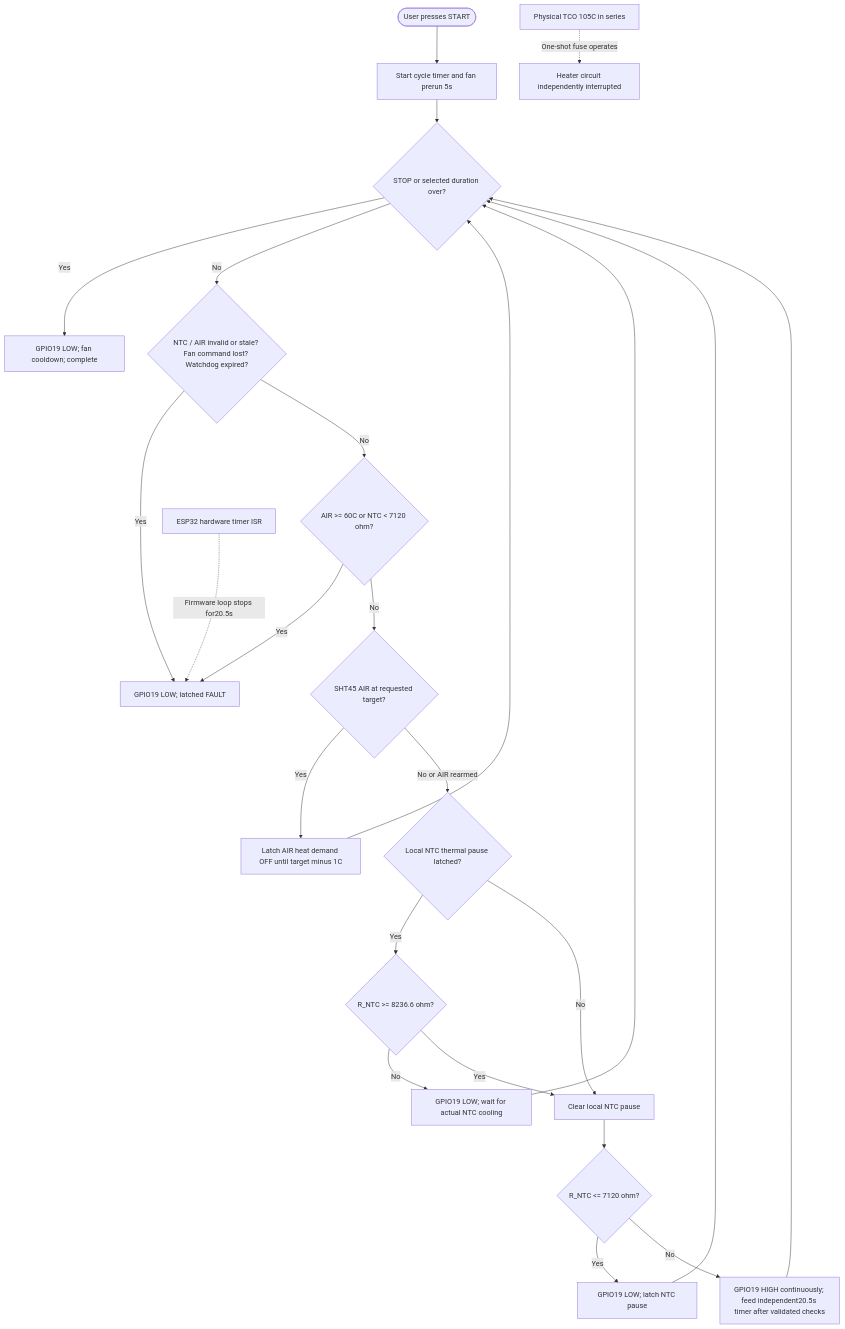
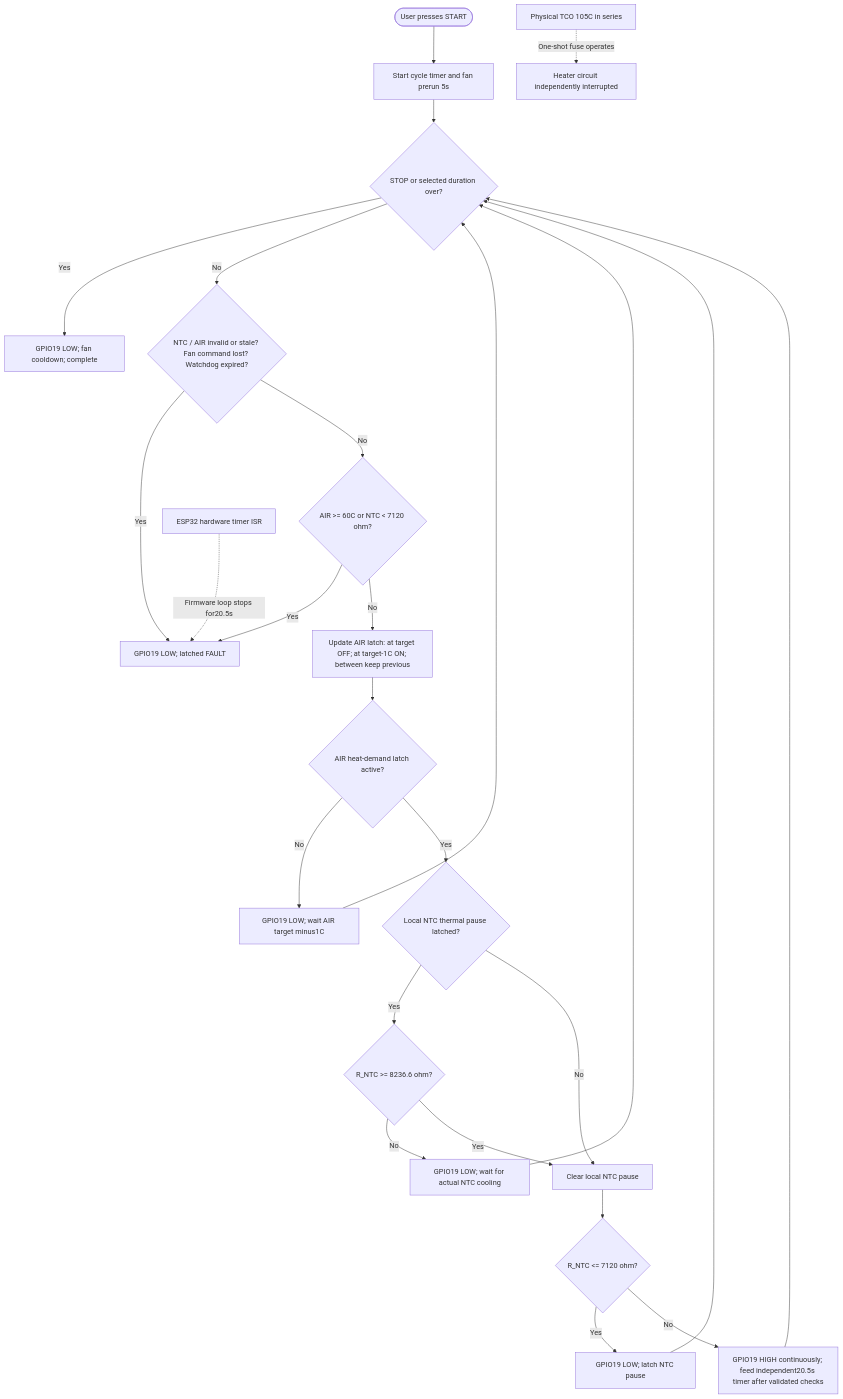
One commit to alessandrocardelli/filament-dryer-monitor changed the diagram in docs/TODO.md. Above: the diagram before and after it, drawn with Mermaid.

Commit message:
flowchart now correctly shows latched AIR hysteresis: 55 OFF stays OFF at54.5, resumes only54

````diff
--- a/docs/TODO.md
+++ b/docs/TODO.md
@@ -9,26 +9,27 @@
 ```mermaid
 flowchart TD
     A([User presses START]) --> B[Start cycle timer and fan prerun 5s]
     B --> C{STOP or selected duration over?}
     C -->|Yes| Z[GPIO19 LOW; fan cooldown; complete]
     C -->|No| D{NTC / AIR invalid or stale? Fan command lost? Watchdog expired?}
     D -->|Yes| F[GPIO19 LOW; latched FAULT]
     D -->|No| E{AIR >= 60C or NTC < 7120 ohm?}
     E -->|Yes| F
-    E -->|No| G{SHT45 AIR at requested target?}
-    G -->|Yes| H[Latch AIR heat demand OFF until target minus 1C]
-    H --> C
-    G -->|No or AIR rearmed| I{Local NTC thermal pause latched?}
+    E -->|No| G[Update AIR latch: at target OFF; at target-1C ON; between keep previous]
+    G --> H{AIR heat-demand latch active?}
+    H -->|No| O[GPIO19 LOW; wait AIR target minus1C]
+    O --> C
+    H -->|Yes| I{Local NTC thermal pause latched?}
     I -->|Yes| J{R_NTC >= 8236.6 ohm?}
     J -->|No| K[GPIO19 LOW; wait for actual NTC cooling]
     K --> C
     J -->|Yes| L[Clear local NTC pause]
     I -->|No| L
     L --> M{R_NTC <= 7120 ohm?}
     M -->|Yes| N[GPIO19 LOW; latch NTC pause]
     N --> C
     M -->|No| Q[GPIO19 HIGH continuously; feed independent20.5s timer after validated checks]
     Q --> C
     W[ESP32 hardware timer ISR] -.->|Firmware loop stops for20.5s| F
     X[Physical TCO 105C in series] -.->|One-shot fuse operates| Y[Heater circuit independently interrupted]
 ```
````
